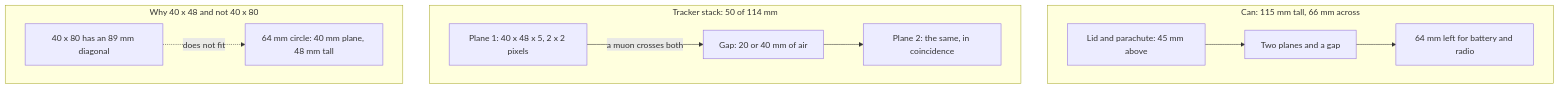
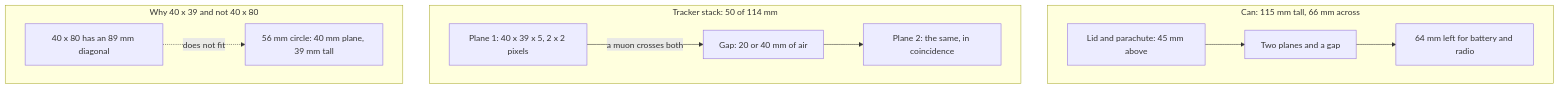
Before and after one commit to oskuhansson/CanLab: the first of 2 diagrams in docs/muon/designs.md, drawn with Mermaid. The commit also changed other lines of this file and 16 other files, not shown here.

````diff
--- a/docs/muon/designs.md
+++ b/docs/muon/designs.md
@@ -64,22 +64,22 @@
 ```mermaid
 flowchart TB
     subgraph G_CAN["Can: 115 mm tall, 66 mm across"]
         TOP["Lid and parachute: 45 mm above"]
         STACK["Two planes and a gap"]
         ROOM["64 mm left for battery and radio"]
     end
     subgraph G_STACK["Tracker stack: 50 of 114 mm"]
-        P1["Plane 1: 40 x 48 x 5, 2 x 2 pixels"]
+        P1["Plane 1: 40 x 39 x 5, 2 x 2 pixels"]
         GAP["Gap: 20 or 40 mm of air"]
         P2["Plane 2: the same, in coincidence"]
     end
-    subgraph G_WHY["Why 40 x 48 and not 40 x 80"]
+    subgraph G_WHY["Why 40 x 39 and not 40 x 80"]
         DIAG["40 x 80 has an 89 mm diagonal"]
-        LIMIT["64 mm circle: 40 mm plane, 48 mm tall"]
+        LIMIT["56 mm circle: 40 mm plane, 39 mm tall"]
     end
     TOP --> STACK
     STACK --> ROOM
     P1 -->|"a muon crosses both"| GAP
     GAP --> P2
     DIAG -.->|"does not fit"| LIMIT
 ```
````
